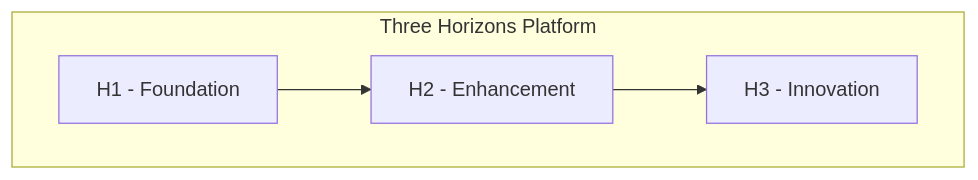
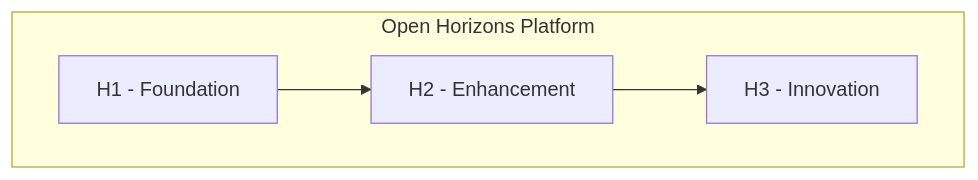
Before and after one commit to Ohorizons/agentic-devops-platform: the diagram in .github/chatmodes/architect.chatmode.md, drawn with Mermaid. The commit also changed other lines of this file and 238 other files, not shown here.

````diff
--- a/.github/chatmodes/architect.chatmode.md
+++ b/.github/chatmodes/architect.chatmode.md
@@ -55,10 +55,10 @@
 ```mermaid
 graph TB
-    subgraph "Three Horizons Platform"
+    subgraph "Open Horizons Platform"
         H1[H1 - Foundation]
         H2[H2 - Enhancement]
         H3[H3 - Innovation]
     end
     H1 --> H2
     H2 --> H3
 ```
````
